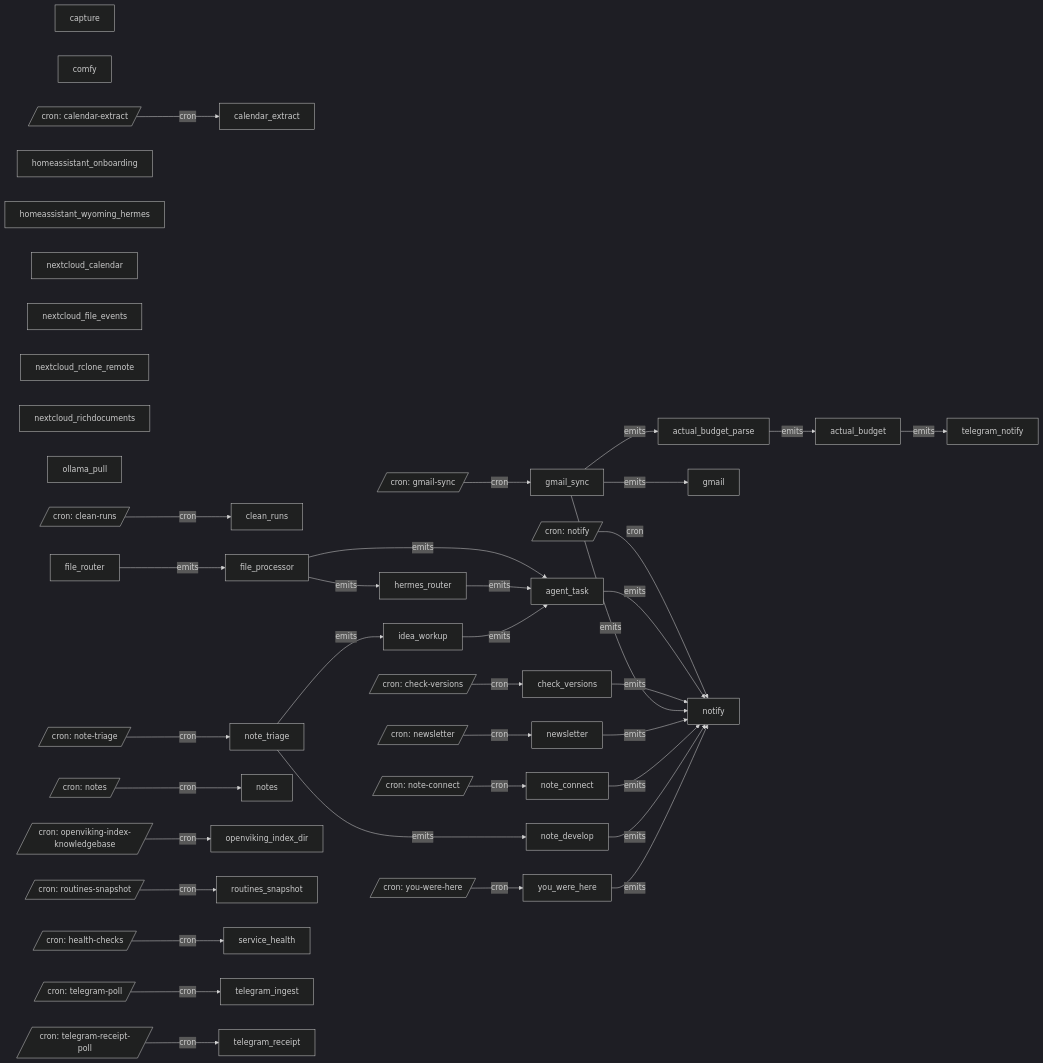
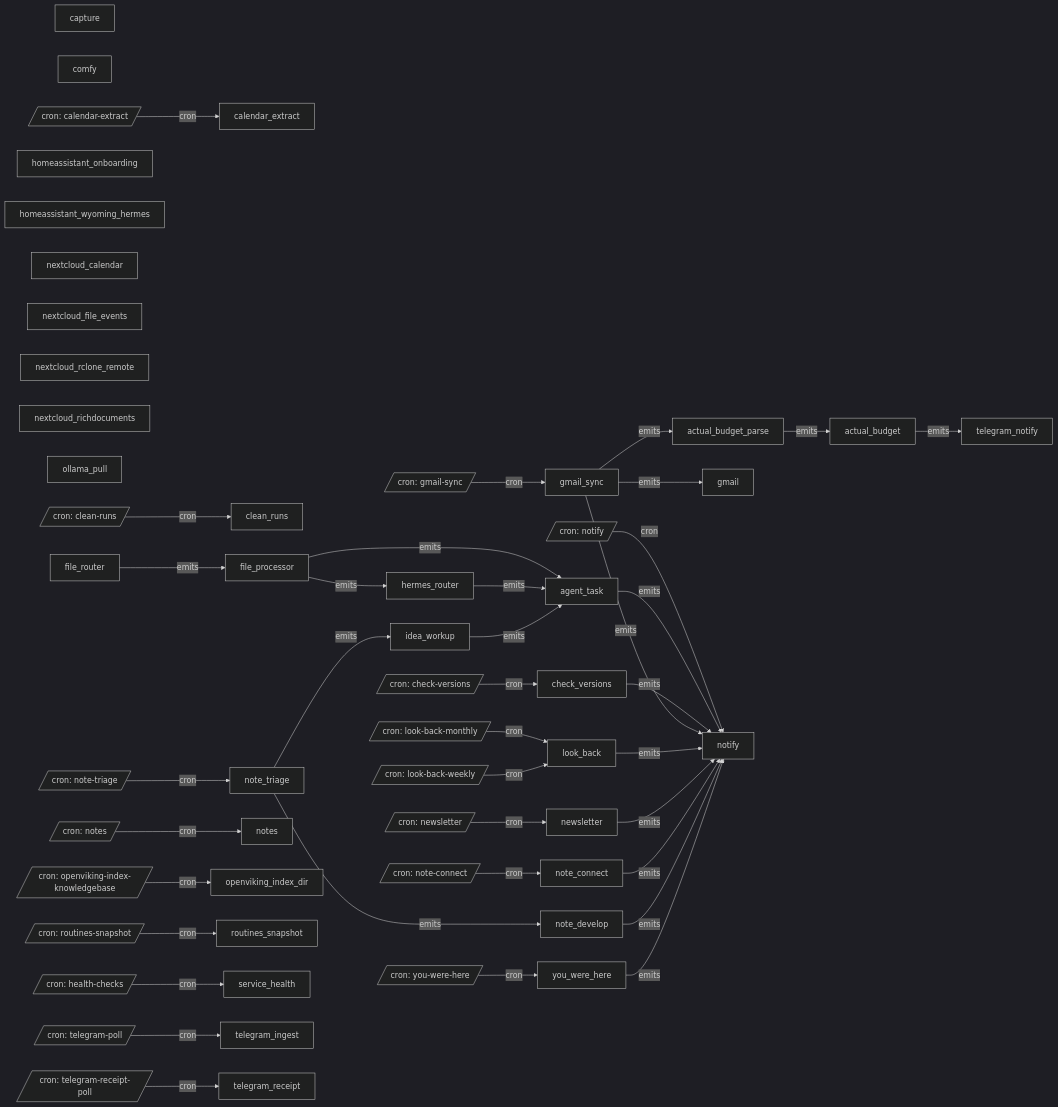
The diagram in automation/graph/system.md (jtmckay/existential), drawn with Mermaid (dark theme) before and after one commit. The commit also changed other lines of this file and 19 other files, not shown here.

First line of the commit message:
Look back: what did I do this year? (012-look-back.md)

```diff
--- a/automation/graph/system.md
+++ b/automation/graph/system.md
@@ -55,6 +56,7 @@
     homeassistant_onboarding["homeassistant_onboarding"]
     homeassistant_wyoming_hermes["homeassistant_wyoming_hermes"]
     idea_workup["idea_workup"]
+    look_back["look_back"]
     newsletter["newsletter"]
     nextcloud_calendar["nextcloud_calendar"]
     nextcloud_file_events["nextcloud_file_events"]
@@ -78,6 +80,8 @@
     cron__clean_runs[/"cron: clean-runs"/]
     cron__gmail_sync[/"cron: gmail-sync"/]
     cron__health_checks[/"cron: health-checks"/]
+    cron__look_back_monthly[/"cron: look-back-monthly"/]
+    cron__look_back_weekly[/"cron: look-back-weekly"/]
     cron__newsletter[/"cron: newsletter"/]
     cron__note_connect[/"cron: note-connect"/]
     cron__note_triage[/"cron: note-triage"/]
@@ -93,6 +97,8 @@
     cron__clean_runs -->|cron| clean_runs
     cron__gmail_sync -->|cron| gmail_sync
     cron__health_checks -->|cron| service_health
+    cron__look_back_monthly -->|cron| look_back
+    cron__look_back_weekly -->|cron| look_back
     cron__newsletter -->|cron| newsletter
     cron__note_connect -->|cron| note_connect
     cron__note_triage -->|cron| note_triage
@@ -115,6 +121,7 @@
     gmail_sync -->|emits| notify
     hermes_router -->|emits| agent_task
     idea_workup -->|emits| agent_task
+    look_back -->|emits| notify
     newsletter -->|emits| notify
     note_connect -->|emits| notify
     note_develop -->|emits| notify
```
